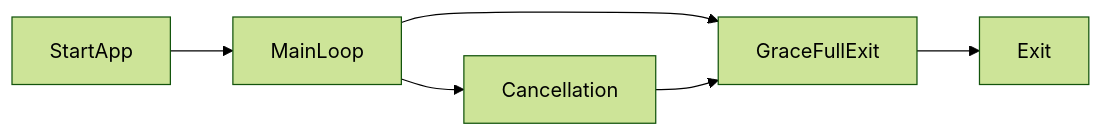
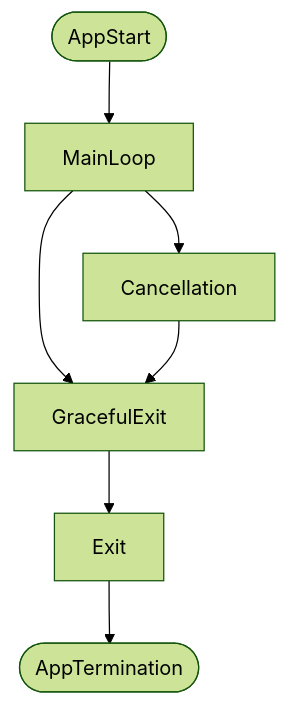
The diagram in ReadMe.md (JCruz6725/ConsolePOC.ScheduledTask), drawn with Mermaid (forest theme) before and after one commit.

````diff
--- a/ReadMe.md
+++ b/ReadMe.md
@@ -10,9 +10,11 @@
 ```mermaid
-graph LR;
-    StartApp-->MainLoop;
-    MainLoop-->GraceFullExit;
+graph TD;
+    id([AppStart])-->MainLoop;
+    MainLoop-->GracefulExit;
     MainLoop-->Cancellation;
-    Cancellation-->GraceFullExit;
-    GraceFullExit-->Exit;
+    Cancellation-->GracefulExit;
+    GracefulExit-->Exit;
+    Exit-->id1([AppTermination]);
+
     
 ```
````
